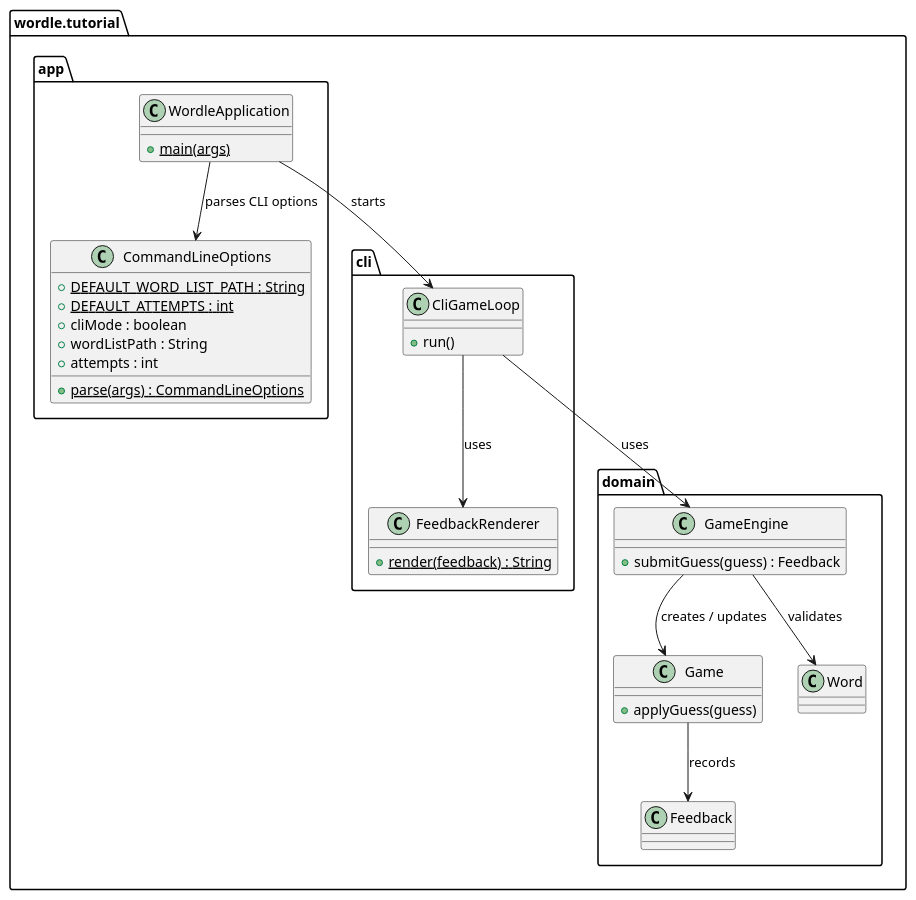
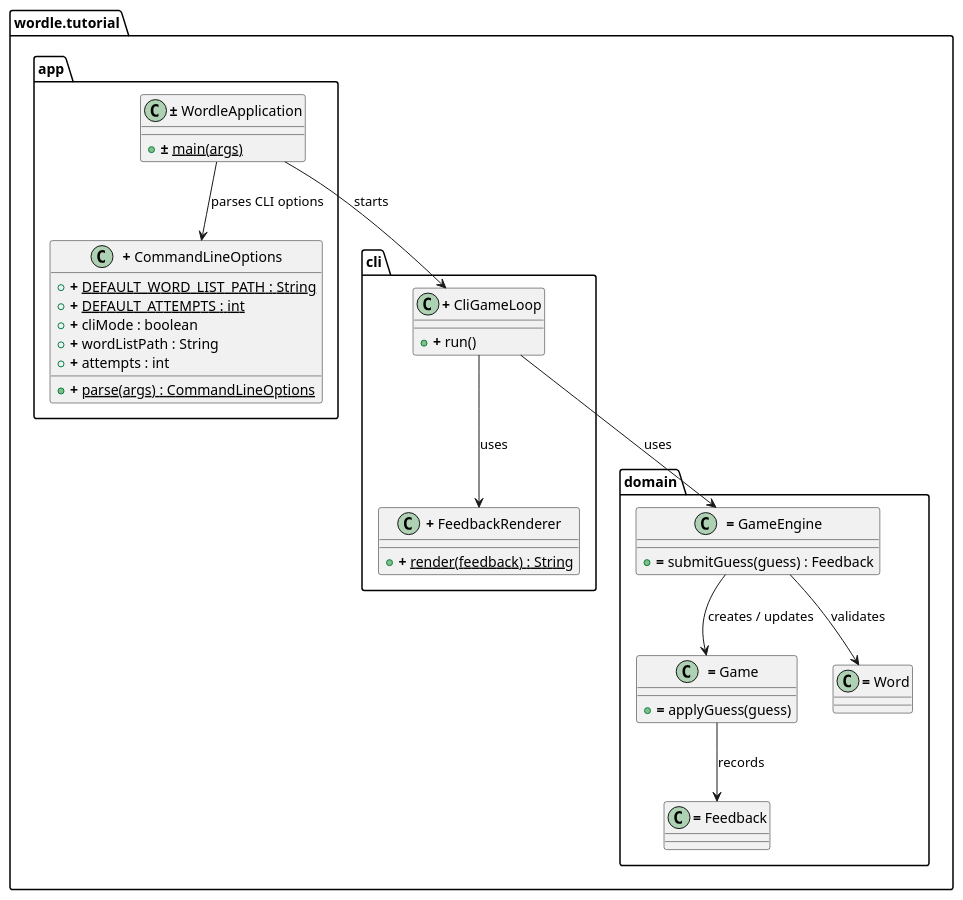
Before and after one commit to dpolivaev/spec-loop: the fifth of 7 diagrams in skills/spec-loop-plan-task/examples/example-task-wordle-cli.md, drawn with PlantUML. The commit also changed other lines of this file and 9 other files, not shown here.

Commit message:
Show planned changes in task tests and class diagrams

````diff
--- a/skills/spec-loop-plan-task/examples/example-task-wordle-cli.md
+++ b/skills/spec-loop-plan-task/examples/example-task-wordle-cli.md
@@ -174,49 +181,49 @@
   ```plantuml
   @startuml
   set separator none
 
   package "wordle.tutorial" {
     package "app" {
-      class WordleApplication {
-        {static} + main(args)
+      class "<plain>**±**</plain> WordleApplication" as WordleApplication {
+        {static} + <plain>**±**</plain> main(args)
       }
-      class CommandLineOptions {
-        {static} + DEFAULT_WORD_LIST_PATH : String
-        {static} + DEFAULT_ATTEMPTS : int
-        + cliMode : boolean
-        + wordListPath : String
-        + attempts : int
-        {static} + parse(args) : CommandLineOptions
+      class "<plain>**+**</plain> CommandLineOptions" as CommandLineOptions {
+        {static} + <plain>**+**</plain> DEFAULT_WORD_LIST_PATH : String
+        {static} + <plain>**+**</plain> DEFAULT_ATTEMPTS : int
+        + <plain>**+**</plain> cliMode : boolean
+        + <plain>**+**</plain> wordListPath : String
+        + <plain>**+**</plain> attempts : int
+        {static} + <plain>**+**</plain> parse(args) : CommandLineOptions
       }
     }
 
     package "cli" {
-      class CliGameLoop {
-        + run()
+      class "<plain>**+**</plain> CliGameLoop" as CliGameLoop {
+        + <plain>**+**</plain> run()
       }
-      class FeedbackRenderer {
-        {static} + render(feedback) : String
+      class "<plain>**+**</plain> FeedbackRenderer" as FeedbackRenderer {
+        {static} + <plain>**+**</plain> render(feedback) : String
       }
     }
 
     package "domain" {
-      class Game {
-        + applyGuess(guess)
+      class "<plain>**=**</plain> Game" as Game {
+        + <plain>**=**</plain> applyGuess(guess)
       }
-      class GameEngine {
-        + submitGuess(guess) : Feedback
+      class "<plain>**=**</plain> GameEngine" as GameEngine {
+        + <plain>**=**</plain> submitGuess(guess) : Feedback
       }
-      class Feedback
-      class Word
+      class "<plain>**=**</plain> Feedback" as Feedback
+      class "<plain>**=**</plain> Word" as Word
     }
   }
 
   WordleApplication --> CommandLineOptions : parses CLI options
   WordleApplication --> CliGameLoop : starts
   CliGameLoop --> GameEngine : uses
   CliGameLoop --> FeedbackRenderer : uses
   GameEngine --> Game : creates / updates
   GameEngine --> Word : validates
   Game --> Feedback : records
   @enduml
   ```
````
